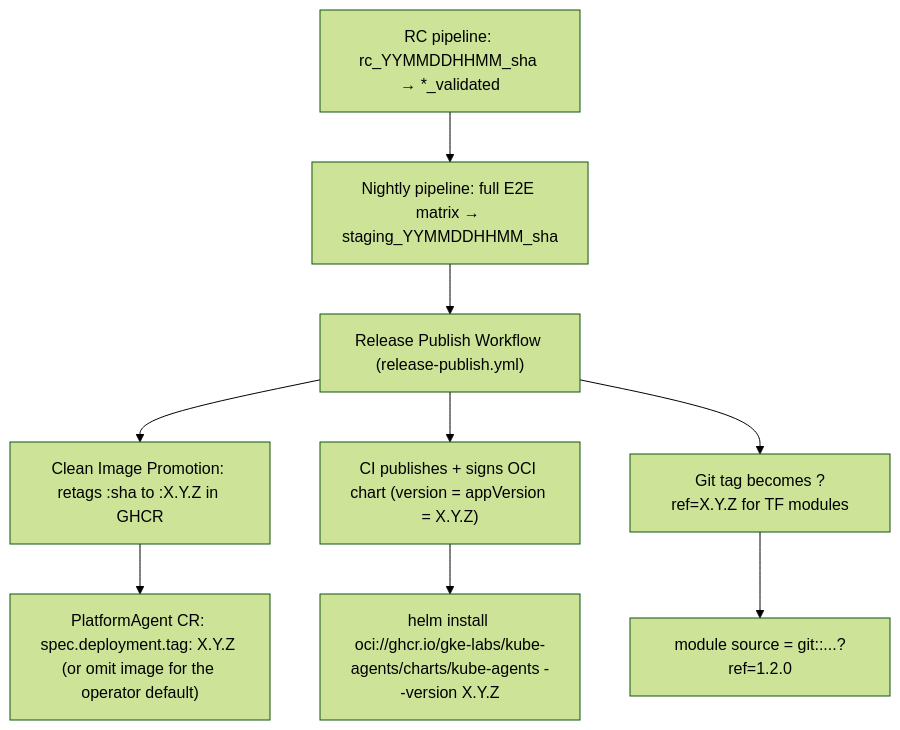
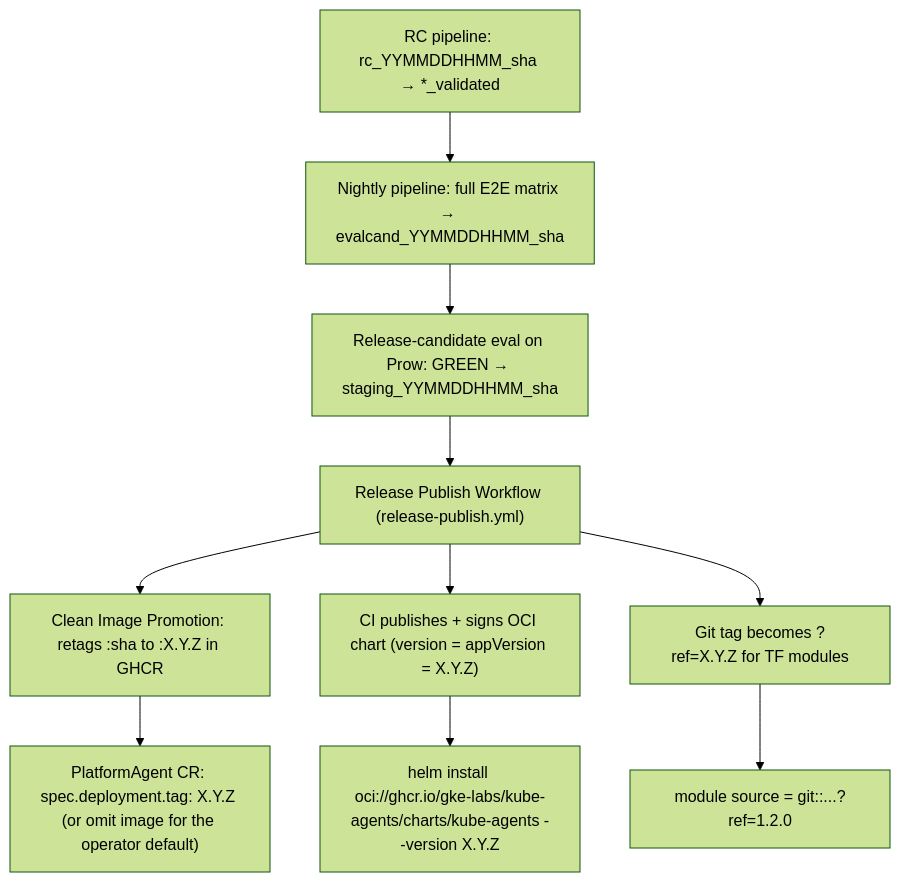
The diagram in docs/designs/semver-deployment-versioning.md (gke-labs/kube-agents), drawn with Mermaid (forest theme) before and after one commit. The commit also changed other lines of this file and 34 other files, not shown here.

````diff
--- a/docs/designs/semver-deployment-versioning.md
+++ b/docs/designs/semver-deployment-versioning.md
@@ -58,11 +61,12 @@
 ```mermaid
 graph TD
-    A["RC pipeline: rc_YYMMDDHHMM_sha → *_validated"] --> A2["Nightly pipeline: full E2E matrix → staging_YYMMDDHHMM_sha"]
+    A["RC pipeline: rc_YYMMDDHHMM_sha → *_validated"] --> A1["Nightly pipeline: full E2E matrix → evalcand_YYMMDDHHMM_sha"]
+    A1 --> A2["Release-candidate eval on Prow: GREEN → staging_YYMMDDHHMM_sha"]
     A2 --> B["Release Publish Workflow (release-publish.yml)"]
     B --> C["Clean Image Promotion: retags :sha to :X.Y.Z in GHCR"]
     B --> D["CI publishes + signs OCI chart (version = appVersion = X.Y.Z)"]
     B --> E["Git tag becomes ?ref=X.Y.Z for TF modules"]
     C --> F["PlatformAgent CR: spec.deployment.tag: X.Y.Z (or omit image for the operator default)"]
     D --> G["helm install oci://ghcr.io/gke-labs/kube-agents/charts/kube-agents --version X.Y.Z"]
     E --> H["module source = git::...?ref=1.2.0"]
 ```
````
